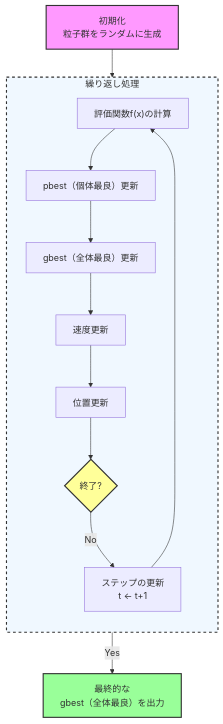
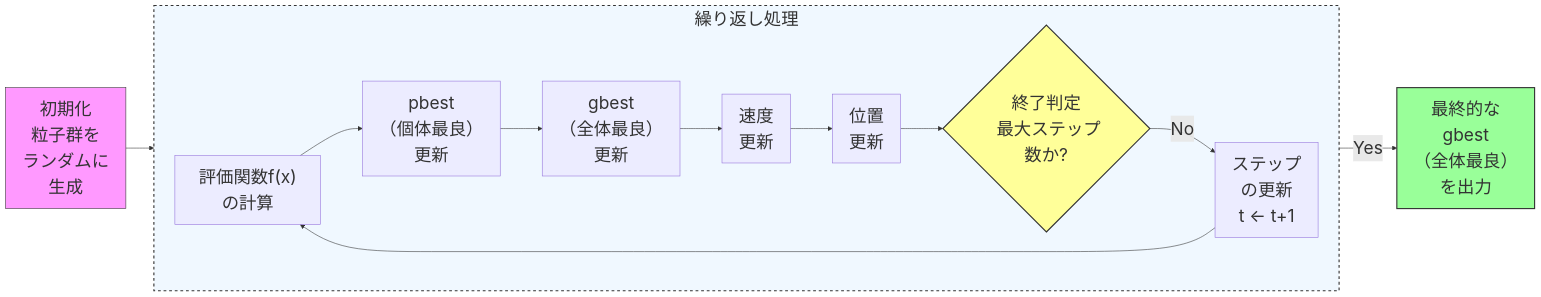
One commit to jkushida/ai-arch changed the diagram in docs/pso_summary.md. Above: the diagram before and after it, drawn with Mermaid. The commit also changed other lines of this file and 2 other files, not shown here.

Commit message:
feat: Mermaidフローチャートの改善とフォントサイズ調整
- フローチャートを横向き(LR)レイアウトに変更
- フォントサイズを31pxに拡大
- ノード内のテキストに改行を追加して可読性向上
- convert_md_to_html.pyにMermaid用CSSスタイルを追加

````diff
--- a/docs/pso_summary.md
+++ b/docs/pso_summary.md
@@ -93,22 +93,23 @@
 ```mermaid
-flowchart TB
-    A[初期化<br/>粒子群をランダムに生成] --> B["評価関数f(x)の計算"]
+%%{init: {'theme':'default', 'themeVariables': { 'fontSize': '31px'}}}%%
+flowchart LR
+    A[初期化<br/>粒子群を<br/>ランダムに<br/>生成] --> B["評価関数f(x)の計算"]
     
     subgraph loop["繰り返し処理"]
-        direction TB
-        B --> C[pbest（個体最良）更新]
-        C --> D[gbest（全体最良）更新]
-        D --> F[速度更新]
-        F --> G[位置更新]
-        G --> E{終了?}
-        E -->|No| I[ステップの更新<br/>t ← t+1]
+        direction LR
+        B --> C[pbest<br/>（個体最良）<br/>更新]
+        C --> D[gbest<br/>（全体最良）<br/>更新]
+        D --> F[速度<br/>更新]
+        F --> G[位置<br/>更新]
+        G --> E{終了判定<br/> 最大ステップ数か?}
+        E -->|No| I[ステップ<br/>の更新<br/>t ← t+1]
         I --> B
     end
     
-    E -->|Yes| H[最終的な<br/> gbest（全体最良）を出力]
+    E -->|Yes| H[最終的な<br/> gbest<br/>（全体最良）<br/>を出力]
     
-    style A fill:#f9f,stroke:#333,stroke-width:2px
+    style A fill:#f9f,stroke:#333,stroke-width:px
     style H fill:#9f9,stroke:#333,stroke-width:2px
     style E fill:#ff9,stroke:#333,stroke-width:2px
     style loop fill:#f0f8ff,stroke:#333,stroke-width:2px,stroke-dasharray: 5 5
 ```
````
